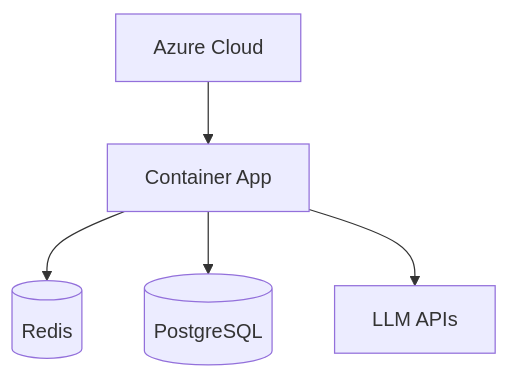
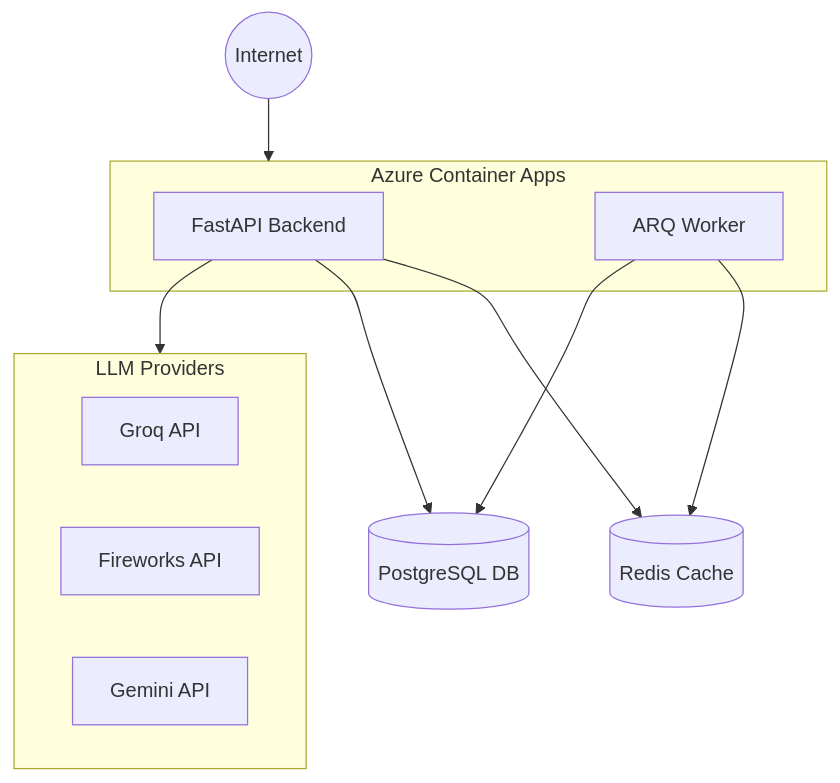
One commit to Mahmoud-Elqalini/TeGy-chatbot changed the eighth of 8 diagrams in docs/Documentation.md. Above: the diagram before and after it, drawn with Mermaid. The commit also changed other lines of this file, not shown here.

Commit message:
docs: add comparison table, system boundary diagram, and soften technical claims

````diff
--- a/docs/Documentation.md
+++ b/docs/Documentation.md
@@ -562,7 +626,22 @@
 ```mermaid
 graph TD
-    Azure[Azure Cloud] --> CA[Container App]
-    CA --> Redis[(Redis)]
-    CA --> Postgres[(PostgreSQL)]
-    CA --> LLM[LLM APIs]
+    Internet((Internet)) --> ACA[Azure Container Apps]
+    
+    subgraph ACA [Azure Container Apps]
+        Backend[FastAPI Backend]
+        Worker[ARQ Worker]
+    end
+    
+    Backend --> Redis[(Redis Cache)]
+    Worker --> Redis
+    Backend --> Postgres[(PostgreSQL DB)]
+    Worker --> Postgres
+    
+    subgraph LLM_Providers [LLM Providers]
+        Groq[Groq API]
+        Fireworks[Fireworks API]
+        Gemini[Gemini API]
+    end
+    
+    Backend --> LLM_Providers
 ```
````
